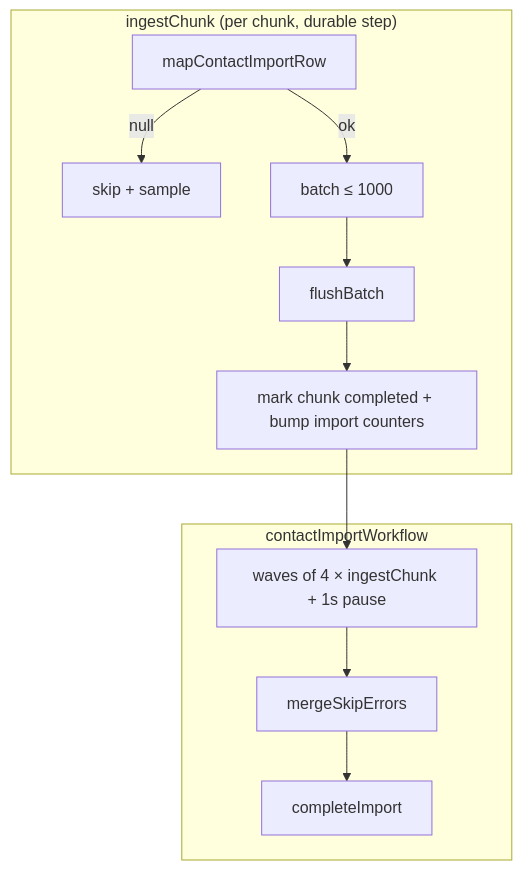
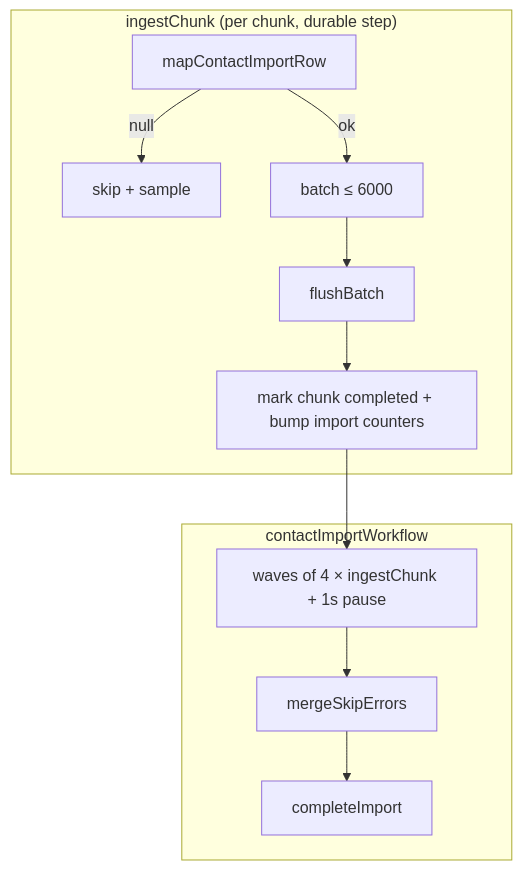
The fifth of 6 diagrams in architecture.md (SugarDarius/tomodachi-app), drawn with Mermaid before and after one commit. The commit also changed other lines of this file and 1 other file, not shown here.

Commit message:
update batch limits + doc

````diff
--- a/architecture.md
+++ b/architecture.md
@@ -170,15 +172,15 @@
 ```mermaid
 flowchart TD
   subgraph ingestChunk["ingestChunk (per chunk, durable step)"]
     MR[mapContactImportRow] -->|null| SK[skip + sample]
-    MR -->|ok| BT[batch ≤ 1000]
+    MR -->|ok| BT[batch ≤ 6000]
     BT --> FB[flushBatch]
     FB --> CH[mark chunk completed + bump import counters]
   end
   subgraph orchestrator["contactImportWorkflow"]
     W[waves of 4 × ingestChunk + 1s pause]
     W --> ME[mergeSkipErrors]
     ME --> CI[completeImport]
   end
   CH --> W
 ```
````
